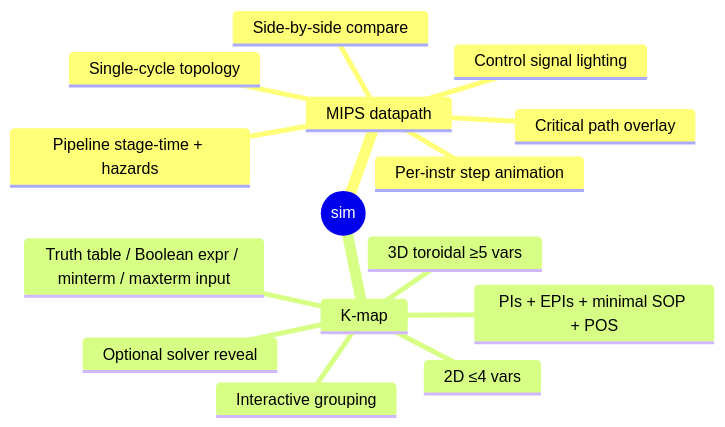
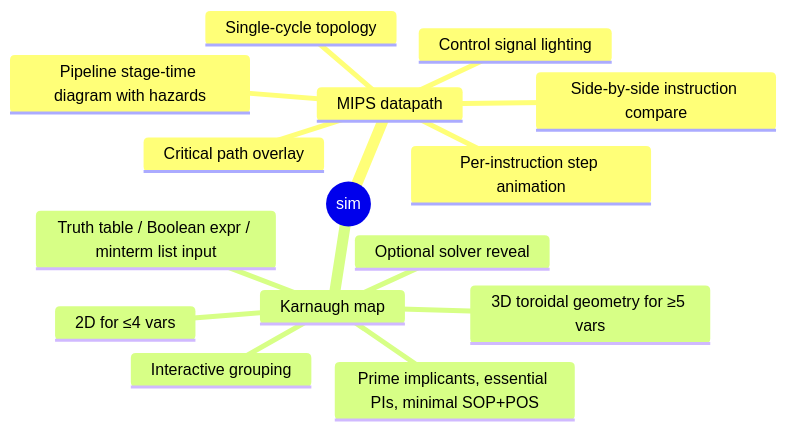
Before and after one commit to 1qh/sim-doc: the diagram in VISION.md, drawn with Mermaid. The commit also changed other lines of this file and 3 other files, not shown here.

````diff
--- a/VISION.md
+++ b/VISION.md
@@ -5,18 +7,18 @@
 ```mermaid
 mindmap
   root((sim))
     MIPS datapath
       Single-cycle topology
-      Per-instr step animation
+      Per-instruction step animation
       Control signal lighting
       Critical path overlay
-      Side-by-side compare
-      Pipeline stage-time + hazards
-    K-map
-      2D ≤4 vars
-      3D toroidal ≥5 vars
-      Truth table / Boolean expr / minterm / maxterm input
+      Side-by-side instruction compare
+      Pipeline stage-time diagram with hazards
+    Karnaugh map
+      2D for ≤4 vars
+      3D toroidal geometry for ≥5 vars
+      Truth table / Boolean expr / minterm list input
       Interactive grouping
-      PIs + EPIs + minimal SOP + POS
+      Prime implicants, essential PIs, minimal SOP+POS
       Optional solver reveal
 ```
````
